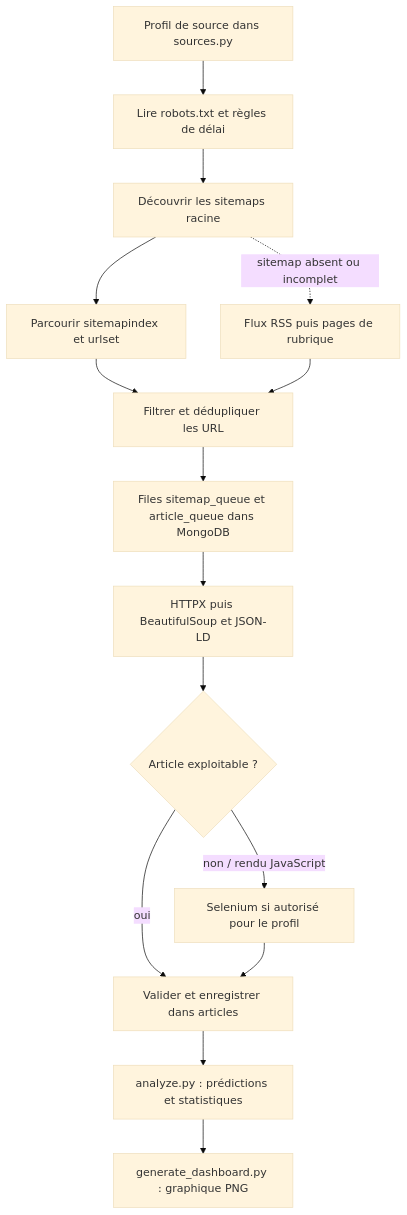
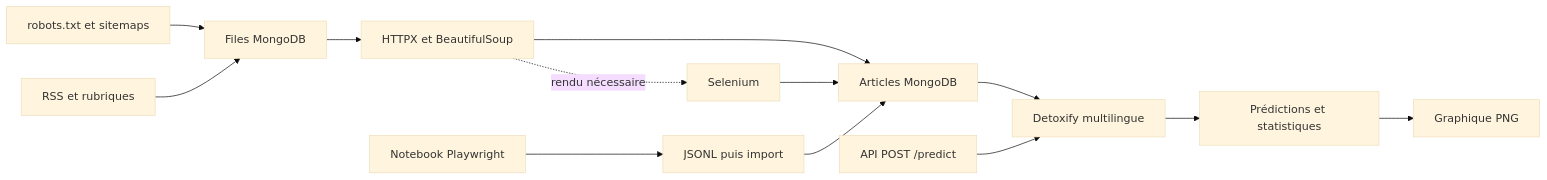
The diagram in README.md (amine0891/tx-analyzer), drawn with Mermaid (base theme) before and after one commit. The commit also changed other lines of this file and 10 other files, not shown here.

````diff
--- a/README.md
+++ b/README.md
@@ -12,17 +25,15 @@
 ```mermaid
-flowchart TD
-    A[Profil de source dans sources.py] --> B[Lire robots.txt et règles de délai]
-    B --> C[Découvrir les sitemaps racine]
-    C --> D[Parcourir sitemapindex et urlset]
-    D --> E[Filtrer et dédupliquer les URL]
-    E --> F[Files sitemap_queue et article_queue dans MongoDB]
-    F --> G[HTTPX puis BeautifulSoup et JSON-LD]
-    G --> H{Article exploitable ?}
-    H -- oui --> I[Valider et enregistrer dans articles]
-    H -- non / rendu JavaScript --> J[Selenium si autorisé pour le profil]
-    J --> I
-    C -. sitemap absent ou incomplet .-> K[Flux RSS puis pages de rubrique]
-    K --> E
-    I --> L[analyze.py : prédictions et statistiques]
-    L --> M[generate_dashboard.py : graphique PNG]
+flowchart LR
+    A[robots.txt et sitemaps] --> B[Files MongoDB]
+    C[RSS et rubriques] --> B
+    B --> D[HTTPX et BeautifulSoup]
+    D --> E[Articles MongoDB]
+    D -. rendu nécessaire .-> F[Selenium]
+    F --> E
+    G[Notebook Playwright] --> H[JSONL puis import]
+    H --> E
+    E --> I[Detoxify multilingue]
+    I --> J[Prédictions et statistiques]
+    J --> K[Graphique PNG]
+    L[API POST /predict] --> I
 ```
````
